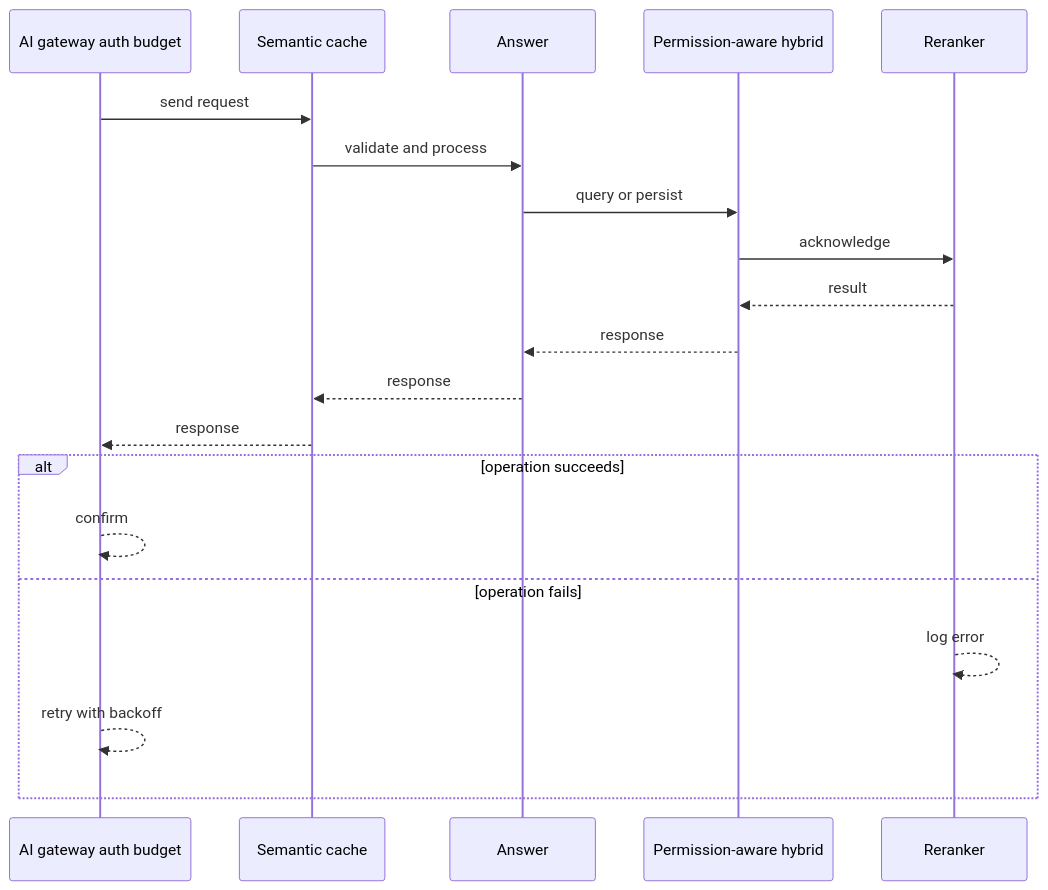
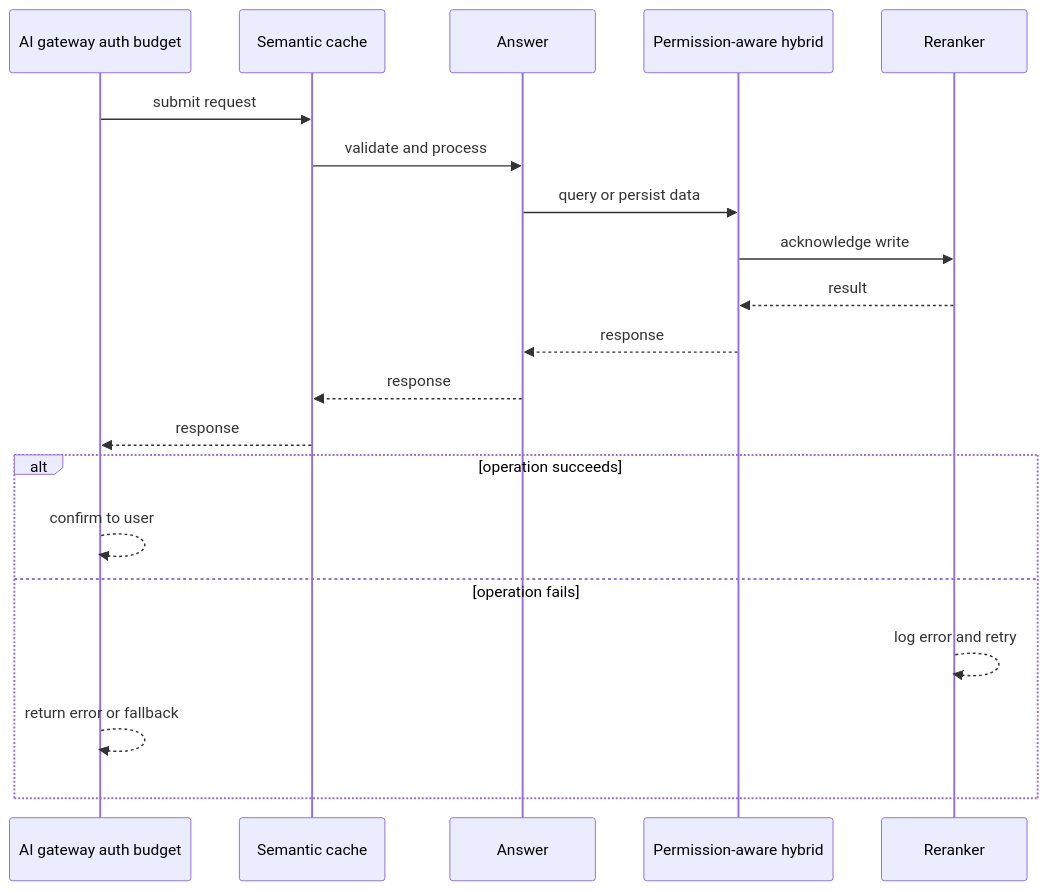
One commit to RIT-MESH/system-design-mastery changed the second of 4 diagrams in case-studies/ai-systems/enterprise-rag-platform.md. Above: the diagram before and after it, drawn with Mermaid. The commit also changed other lines of this file and 127 other files, not shown here.

First line of the commit message:
Improve all case study diagrams: case-specific sequences, fix truncated labels

````diff
--- a/case-studies/ai-systems/enterprise-rag-platform.md
+++ b/case-studies/ai-systems/enterprise-rag-platform.md
@@ -80,23 +80,23 @@
 ```mermaid
 %% created-for: system-design-mastery
 sequenceDiagram
-  participant C0 as AI gateway auth budget
-  participant C1 as Semantic cache
-  participant C2 as Answer
-  participant C3 as Permission-aware hybrid
-  participant C4 as Reranker
-  C0 ->> C1: send request
-  C1 ->> C2: validate and process
-  C2 ->> C3: query or persist
-  C3 ->> C4: acknowledge
-  C4 -->> C3: result
-  C3 -->> C2: response
-  C2 -->> C1: response
-  C1 -->> C0: response
+  participant P0 as AI gateway auth budget
+  participant P1 as Semantic cache
+  participant P2 as Answer
+  participant P3 as Permission-aware hybrid
+  participant P4 as Reranker
+  P0 ->> P1: submit request
+  P1 ->> P2: validate and process
+  P2 ->> P3: query or persist data
+  P3 ->> P4: acknowledge write
+  P4 -->> P3: result
+  P3 -->> P2: response
+  P2 -->> P1: response
+  P1 -->> P0: response
   alt operation succeeds
-    C0 -->> C0: confirm
+    P0 -->> P0: confirm to user
   else operation fails
-    C4 -->> C4: log error
-    C0 -->> C0: retry with backoff
+    P4 -->> P4: log error and retry
+    P0 -->> P0: return error or fallback
   end
 ```
````
